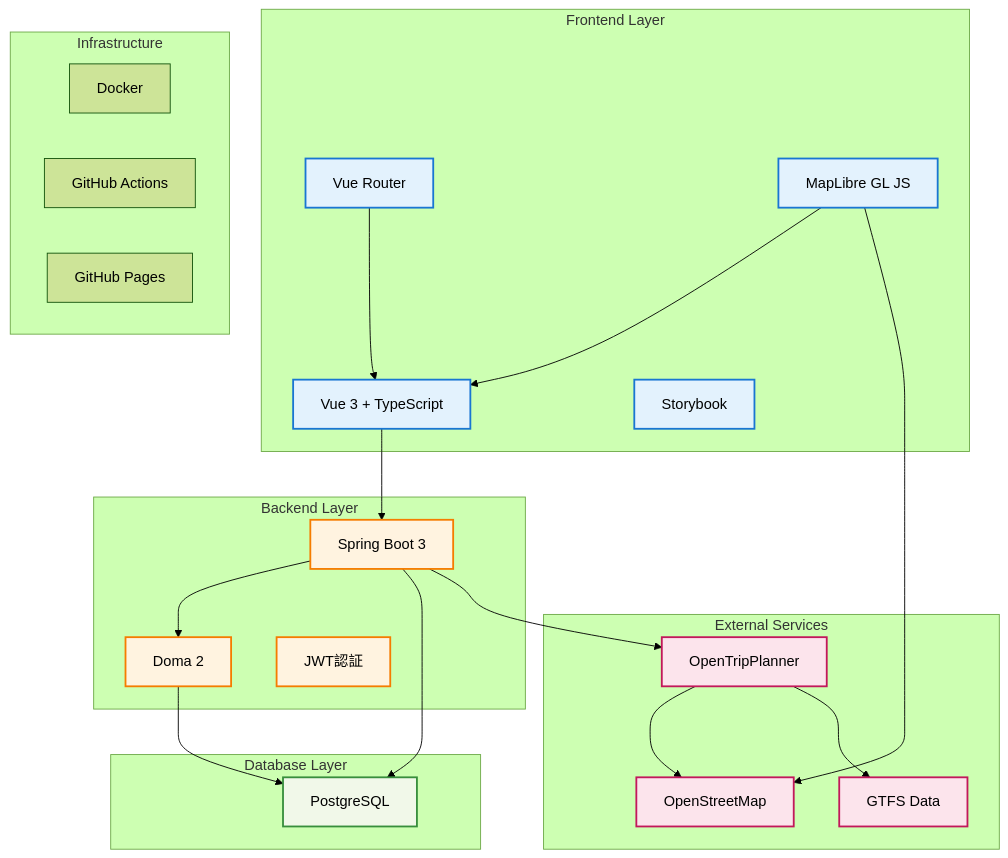
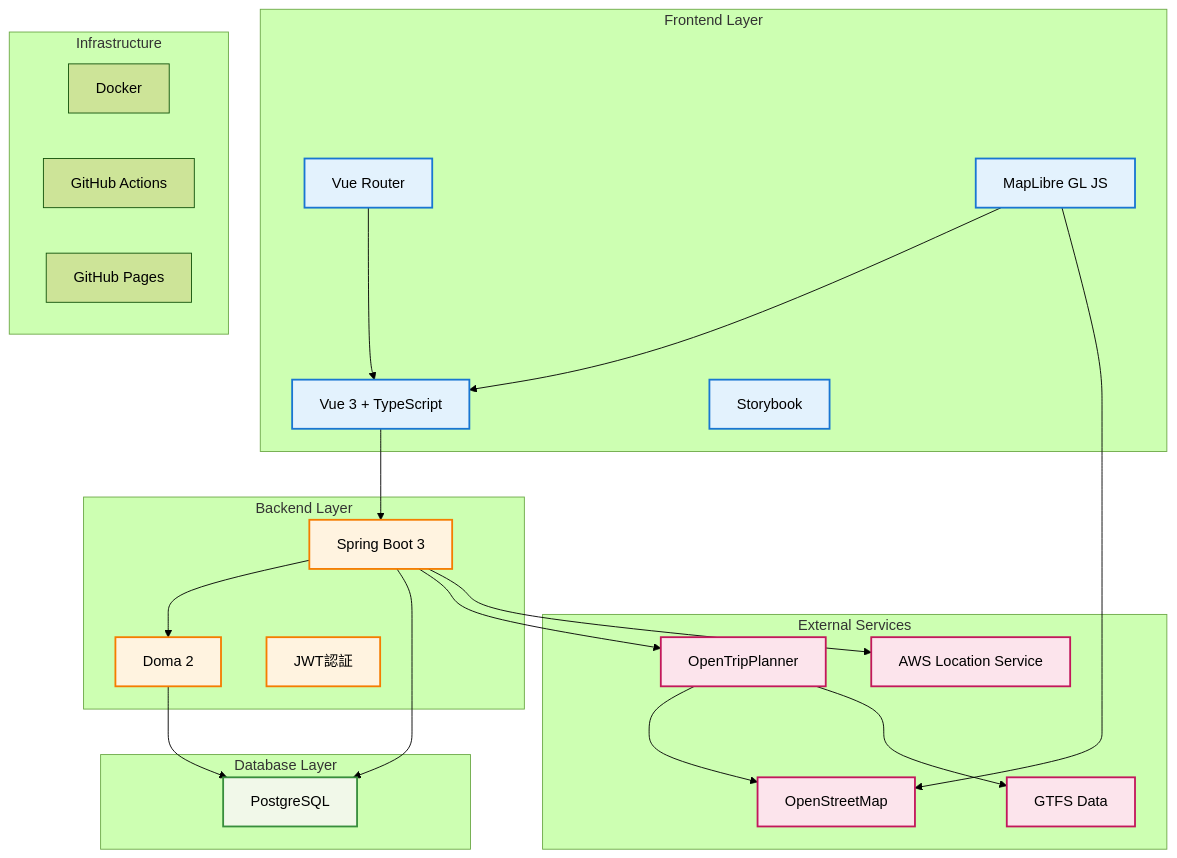
Before and after one commit to taichi0373/kumamoto-henno-map: the diagram in docs/01_overview/tech_stack.md, drawn with Mermaid (forest theme). The commit also changed other lines of this file and 52 other files, not shown here.

````diff
--- a/docs/01_overview/tech_stack.md
+++ b/docs/01_overview/tech_stack.md
@@ -5,52 +5,54 @@
 ```mermaid
 graph TB
     subgraph "Frontend Layer"
         A[Vue 3 + TypeScript]
         B[Vue Router]
         C[MapLibre GL JS]
         D[Storybook]
     end
 
     subgraph "Backend Layer"
         E[Spring Boot 3]
         F[Doma 2]
         G[JWT認証]
     end
 
     subgraph "Database Layer"
         H[PostgreSQL]
     end
 
     subgraph "External Services"
         I[OpenTripPlanner]
         J[OpenStreetMap]
         K[GTFS Data]
+        O[AWS Location Service]
     end
 
     subgraph "Infrastructure"
         L[Docker]
         M[GitHub Actions]
         N[GitHub Pages]
     end
 
     A --> E
     B --> A
     C --> A
     E --> F
     F --> H
     E --> H
     E --> I
+    E --> O
     I --> J
     I --> K
     C --> J
 
     classDef frontend fill:#e3f2fd,stroke:#1976d2,stroke-width:2px
     classDef backend fill:#fff3e0,stroke:#f57c00,stroke-width:2px
     classDef database fill:#f1f8e9,stroke:#388e3c,stroke-width:2px
     classDef external fill:#fce4ec,stroke:#c2185b,stroke-width:2px
 
     class A,B,C,D frontend
     class E,F,G backend
     class H database
-    class I,J,K external
+    class I,J,K,O external
 ```
````
